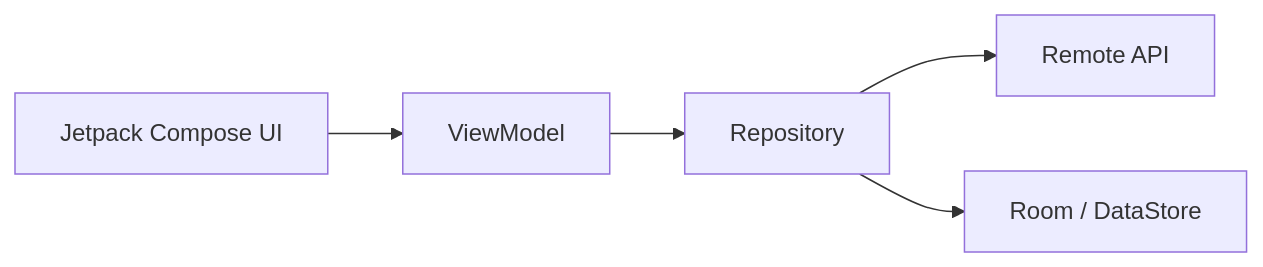
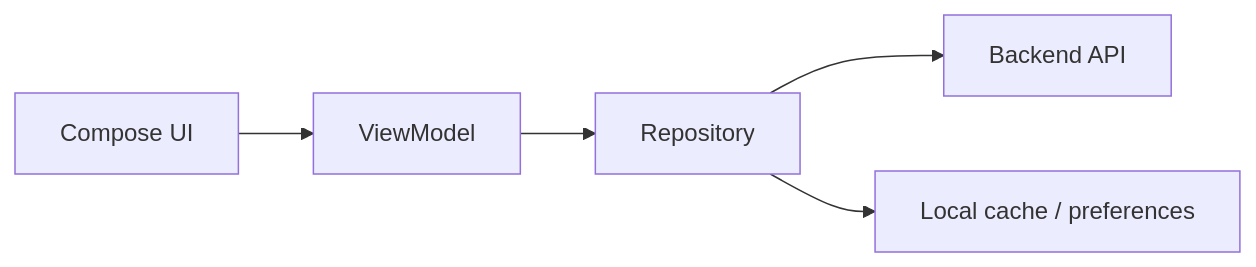
The second of 5 diagrams in docs/contexts/system-map.md (Danh20100/moibile_app), drawn with Mermaid before and after one commit. The commit also changed other lines of this file and 9 other files, not shown here.

````diff
--- a/docs/contexts/system-map.md
+++ b/docs/contexts/system-map.md
@@ -39,7 +31,7 @@
 ```mermaid
 flowchart LR
-    UI[Jetpack Compose UI] --> VM[ViewModel]
-    VM --> REP[Repository]
-    REP --> REMOTE[Remote API]
-    REP --> LOCAL[Room / DataStore]
+    UI["Compose UI"] --> VM["ViewModel"]
+    VM --> REP["Repository"]
+    REP --> REMOTE["Backend API"]
+    REP --> LOCAL["Local cache / preferences"]
 ```
````
